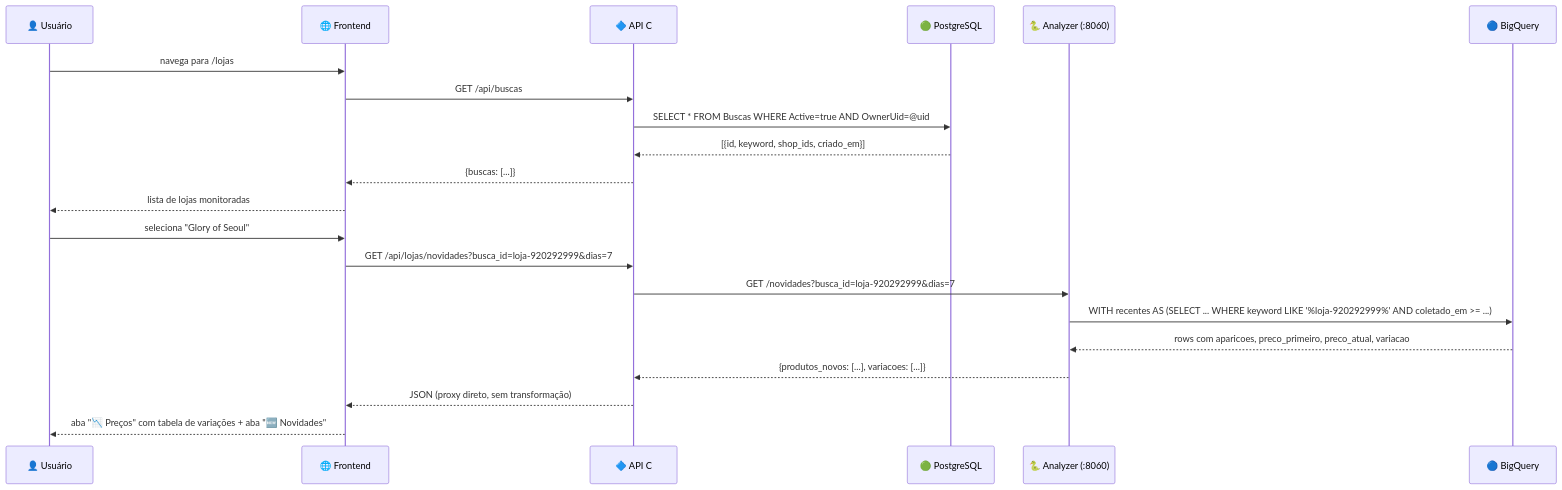
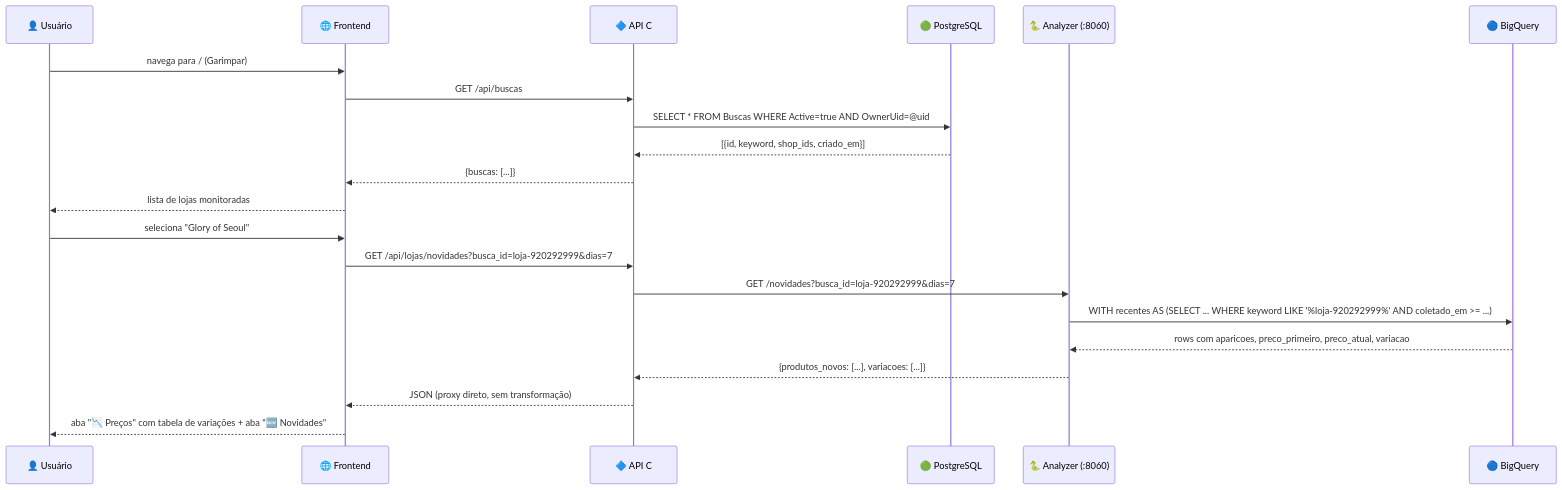
One commit to fmarquesfilho/garimpo changed the fifth of 12 diagrams in docs/08-fluxos-sequencia.md. Above: the diagram before and after it, drawn with Mermaid. The commit also changed other lines of this file and 27 other files, not shown here.

````diff
--- a/docs/08-fluxos-sequencia.md
+++ b/docs/08-fluxos-sequencia.md
@@ -250,25 +250,25 @@
 ```mermaid
 sequenceDiagram
     participant U as 👤 Usuário
     participant F as 🌐 Frontend
     participant A as 🔷 API C# (:8080)
     participant PG as 🟢 PostgreSQL
     participant AN as 🐍 Analyzer (:8060)
     participant BQ as 🔵 BigQuery
 
-    U->>F: navega para /lojas
+    U->>F: navega para / (Garimpar)
     F->>A: GET /api/buscas
     A->>PG: SELECT * FROM Buscas WHERE Active=true AND OwnerUid=@uid
     PG-->>A: [{id, keyword, shop_ids, criado_em}]
     A-->>F: {buscas: [...]}
     F-->>U: lista de lojas monitoradas
 
     U->>F: seleciona "Glory of Seoul"
     F->>A: GET /api/lojas/novidades?busca_id=loja-920292999&dias=7
     A->>AN: GET /novidades?busca_id=loja-920292999&dias=7
     AN->>BQ: WITH recentes AS (SELECT ... WHERE keyword LIKE '%loja-920292999%' AND coletado_em >= ...)
     BQ-->>AN: rows com aparicoes, preco_primeiro, preco_atual, variacao
     AN-->>A: {produtos_novos: [...], variacoes: [...]}
     A-->>F: JSON (proxy direto, sem transformação)
     F-->>U: aba "📉 Preços" com tabela de variações + aba "🆕 Novidades"
 ```
````
